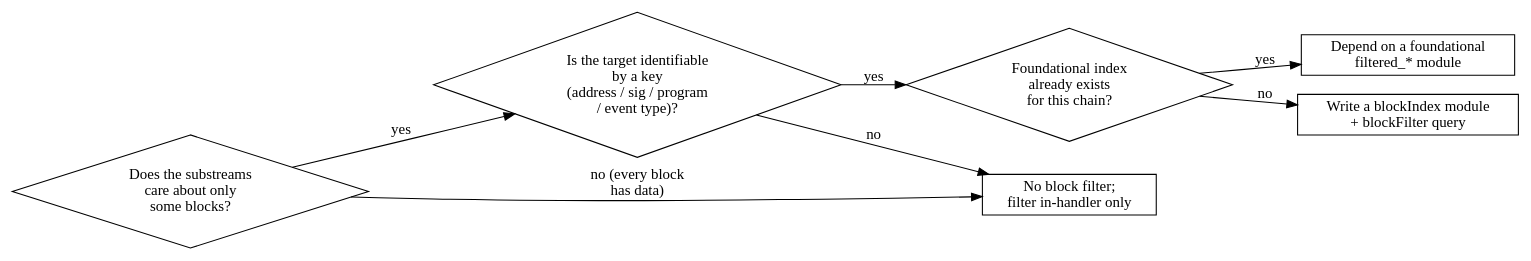
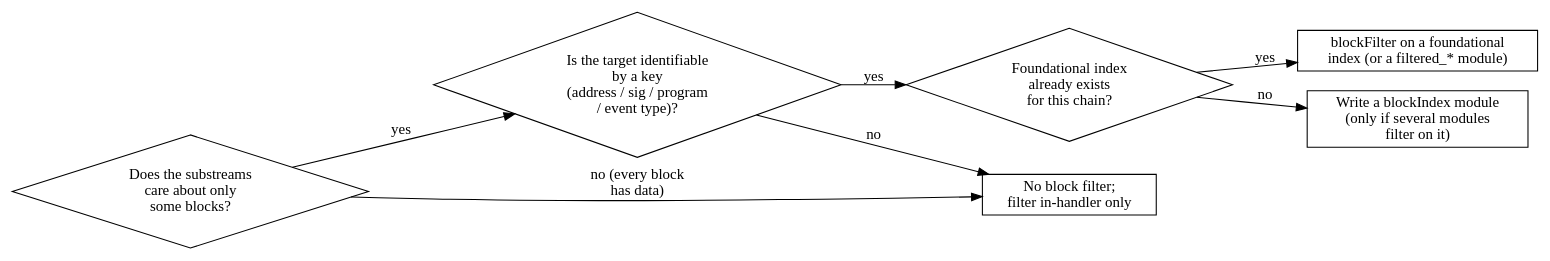
Before and after one commit to streamingfast/substreams-skills: the diagram in skills/substreams-dev/references/block-filtering.md, drawn with Graphviz. The commit also changed other lines of this file and 17 other files, not shown here.

````diff
--- a/skills/substreams-dev/references/block-filtering.md
+++ b/skills/substreams-dev/references/block-filtering.md
@@ -370,18 +417,18 @@
 ```dot
 digraph filter_decision {
     rankdir=LR;
     "Does the substreams\ncare about only\nsome blocks?" [shape=diamond];
     "Is the target identifiable\nby a key\n(address / sig / program\n/ event type)?" [shape=diamond];
     "Foundational index\nalready exists\nfor this chain?" [shape=diamond];
-    "Depend on a foundational\nfiltered_* module" [shape=box];
-    "Write a blockIndex module\n+ blockFilter query" [shape=box];
+    "blockFilter on a foundational\nindex (or a filtered_* module)" [shape=box];
+    "Write a blockIndex module\n(only if several modules\nfilter on it)" [shape=box];
     "No block filter;\nfilter in-handler only" [shape=box];
 
     "Does the substreams\ncare about only\nsome blocks?" -> "No block filter;\nfilter in-handler only" [label="no (every block\nhas data)"];
     "Does the substreams\ncare about only\nsome blocks?" -> "Is the target identifiable\nby a key\n(address / sig / program\n/ event type)?" [label="yes"];
     "Is the target identifiable\nby a key\n(address / sig / program\n/ event type)?" -> "No block filter;\nfilter in-handler only" [label="no"];
     "Is the target identifiable\nby a key\n(address / sig / program\n/ event type)?" -> "Foundational index\nalready exists\nfor this chain?" [label="yes"];
-    "Foundational index\nalready exists\nfor this chain?" -> "Depend on a foundational\nfiltered_* module" [label="yes"];
-    "Foundational index\nalready exists\nfor this chain?" -> "Write a blockIndex module\n+ blockFilter query" [label="no"];
+    "Foundational index\nalready exists\nfor this chain?" -> "blockFilter on a foundational\nindex (or a filtered_* module)" [label="yes"];
+    "Foundational index\nalready exists\nfor this chain?" -> "Write a blockIndex module\n(only if several modules\nfilter on it)" [label="no"];
 }
 ```
````
